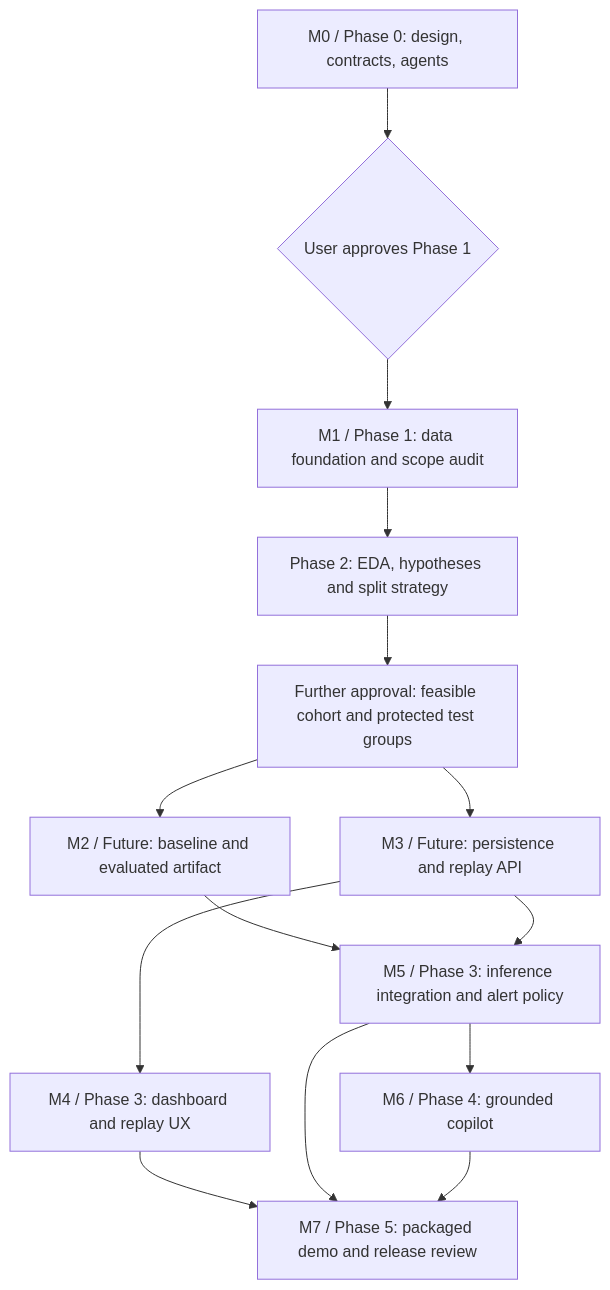
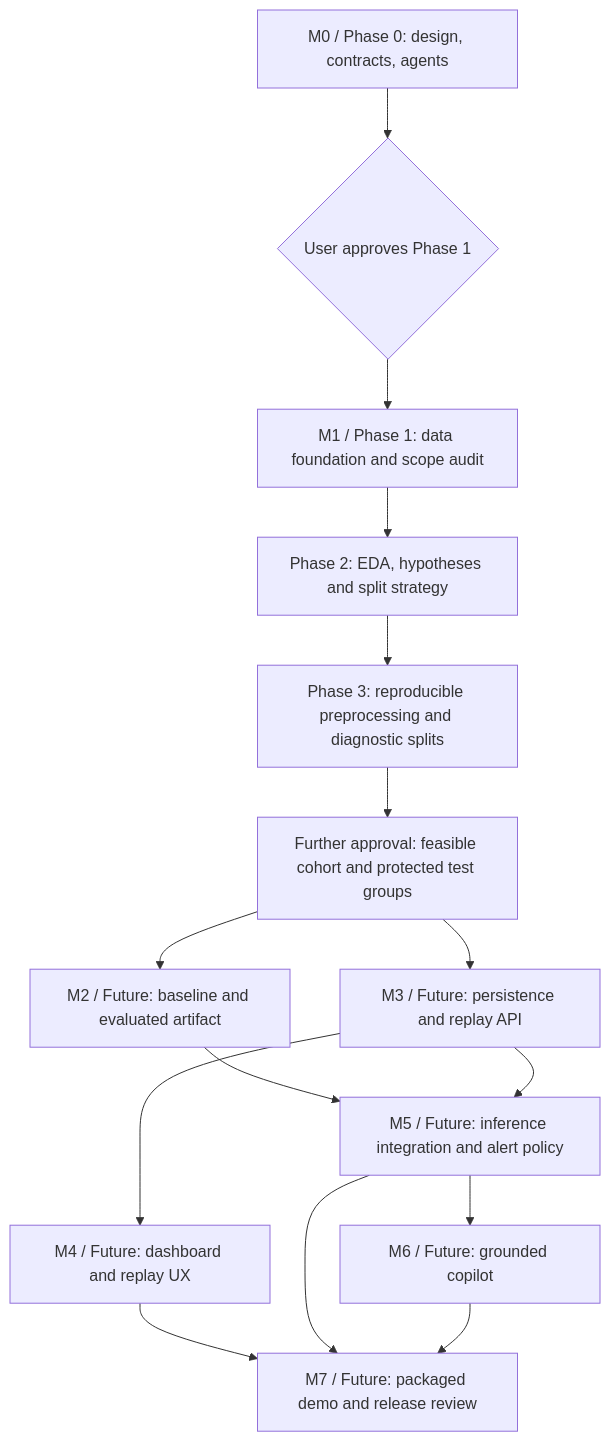
One commit to MereyIssenbay/oilwell-ai changed the diagram in docs/ROADMAP.md. Above: the diagram before and after it, drawn with Mermaid. The commit also changed other lines of this file and 24 other files, not shown here.

````diff
--- a/docs/ROADMAP.md
+++ b/docs/ROADMAP.md
@@ -11,16 +13,17 @@
 ```mermaid
 flowchart TD
     M0["M0 / Phase 0: design, contracts, agents"] --> G1{"User approves Phase 1"}
     G1 --> M1["M1 / Phase 1: data foundation and scope audit"]
     M1 --> E2["Phase 2: EDA, hypotheses and split strategy"]
-    E2 --> COHORT["Further approval: feasible cohort and protected test groups"]
+    E2 --> P3["Phase 3: reproducible preprocessing and diagnostic splits"]
+    P3 --> COHORT["Further approval: feasible cohort and protected test groups"]
     COHORT --> M2["M2 / Future: baseline and evaluated artifact"]
     COHORT --> M3["M3 / Future: persistence and replay API"]
-    M3 --> M4["M4 / Phase 3: dashboard and replay UX"]
-    M2 --> M5["M5 / Phase 3: inference integration and alert policy"]
+    M3 --> M4["M4 / Future: dashboard and replay UX"]
+    M2 --> M5["M5 / Future: inference integration and alert policy"]
     M3 --> M5
-    M5 --> M6["M6 / Phase 4: grounded copilot"]
-    M4 --> M7["M7 / Phase 5: packaged demo and release review"]
+    M5 --> M6["M6 / Future: grounded copilot"]
+    M4 --> M7["M7 / Future: packaged demo and release review"]
     M5 --> M7
     M6 --> M7
 ```
````
